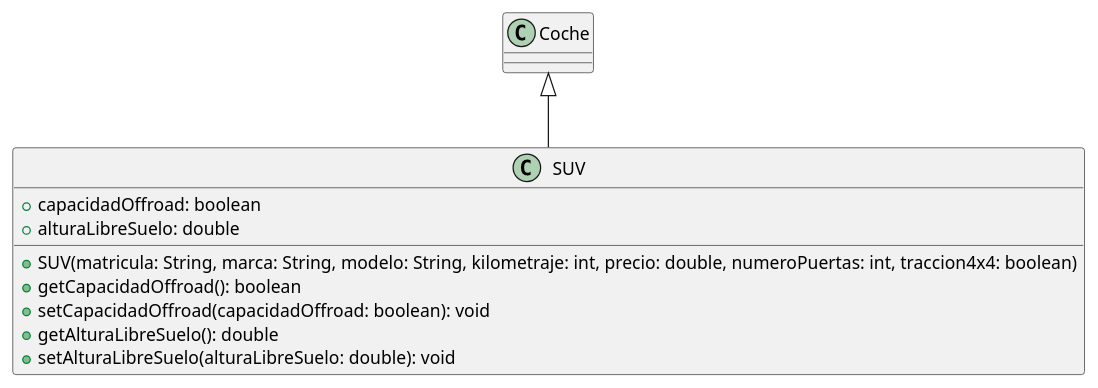
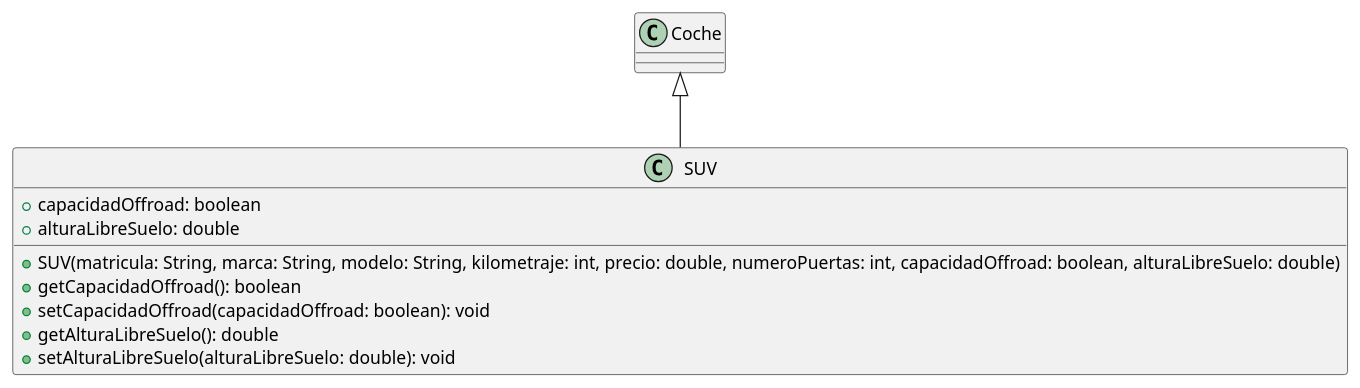
The diagram in uml/SUV.puml (crobles98/UT5_ED_Prog), drawn with PlantUML before and after one commit.

Commit message:
Corregido constructor

```diff
--- a/uml/SUV.puml
+++ b/uml/SUV.puml
@@ -1,11 +1,11 @@
 @startuml
 class SUV extends Coche {
   + capacidadOffroad: boolean
   + alturaLibreSuelo: double
-  + SUV(matricula: String, marca: String, modelo: String, kilometraje: int, precio: double, numeroPuertas: int, traccion4x4: boolean)
+  + SUV(matricula: String, marca: String, modelo: String, kilometraje: int, precio: double, numeroPuertas: int, capacidadOffroad: boolean, alturaLibreSuelo: double)
   + getCapacidadOffroad(): boolean
   + setCapacidadOffroad(capacidadOffroad: boolean): void
   + getAlturaLibreSuelo(): double
   + setAlturaLibreSuelo(alturaLibreSuelo: double): void
 }
 @enduml
```
